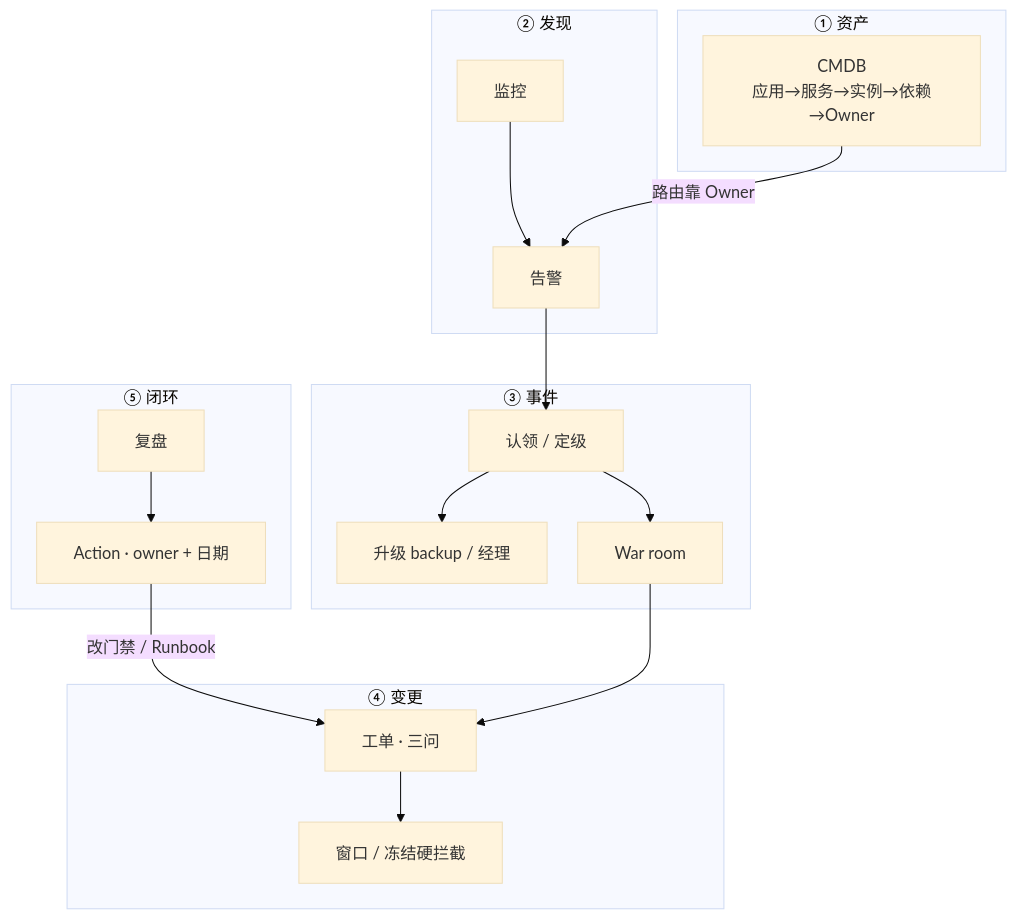
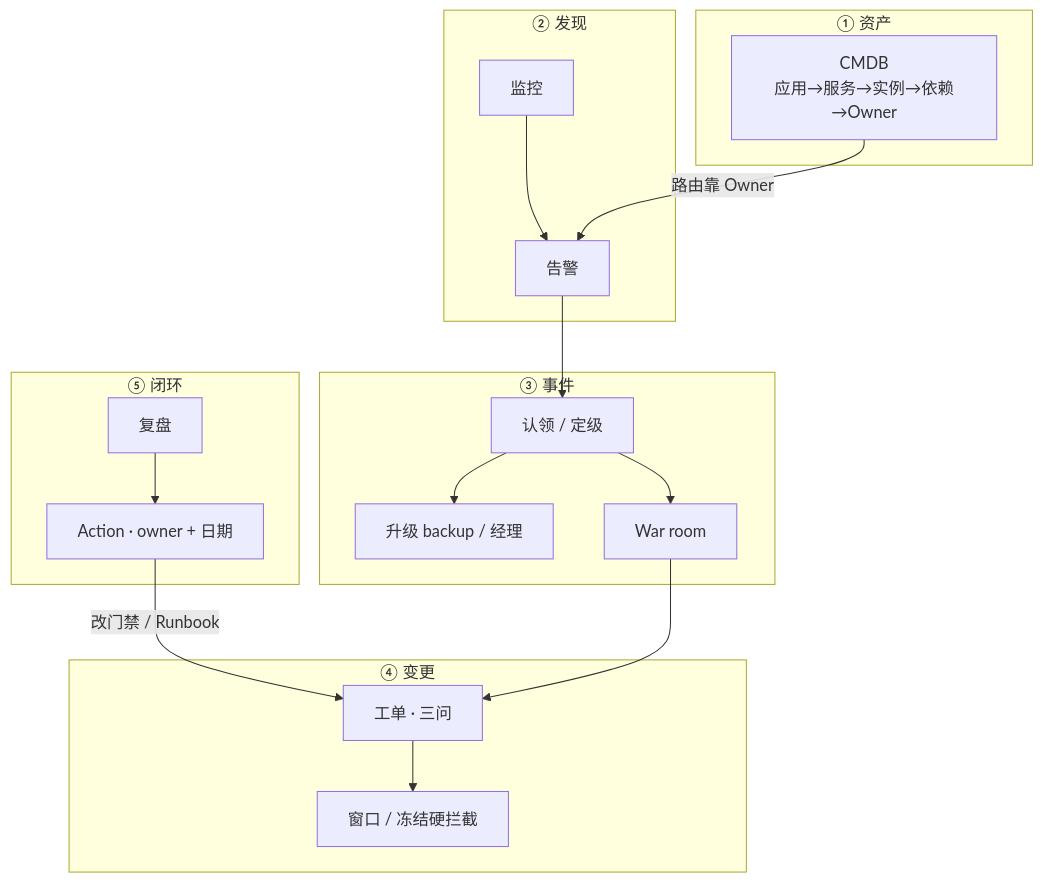
The second of 5 diagrams in 04-工程化与自动化/08-运维平台与Oncall/知识点.md (ml-cuizijun/LearnToLilith), drawn with Mermaid before and after one commit. The commit also changed other lines of this file and 178 other files, not shown here.

````diff
--- a/04-工程化与自动化/08-运维平台与Oncall/知识点.md
+++ b/04-工程化与自动化/08-运维平台与Oncall/知识点.md
@@ -97,44 +80,32 @@
 ```mermaid
-%%{init: {"flowchart": {"padding": 18, "nodeSpacing": 30, "rankSpacing": 50}, "theme": "base"}}%%
 flowchart TB
     subgraph assets ["① 资产"]
         cmdb["CMDB<br/>应用→服务→实例→依赖→Owner"]
     end
-
     subgraph detect ["② 发现"]
         mon[监控]
         alt[告警]
         mon --> alt
         cmdb -->|"路由靠 Owner"| alt
     end
-
     subgraph event ["③ 事件"]
         oc[认领 / 定级]
         up[升级 backup / 经理]
         wr[War room]
         oc --> up
         oc --> wr
     end
-
     subgraph change ["④ 变更"]
         ticket[工单 · 三问]
         win[窗口 / 冻结硬拦截]
         ticket --> win
     end
-
     subgraph after ["⑤ 闭环"]
         rb[复盘]
         ai[Action · owner + 日期]
         rb --> ai
         ai -->|"改门禁 / Runbook"| ticket
     end
-
     alt --> oc
     wr --> ticket
-
-    class cmdb a
-    class mon,alt,oc,up,wr b
-    class ticket,win c
-    class rb,ai d
-
 ```
````
